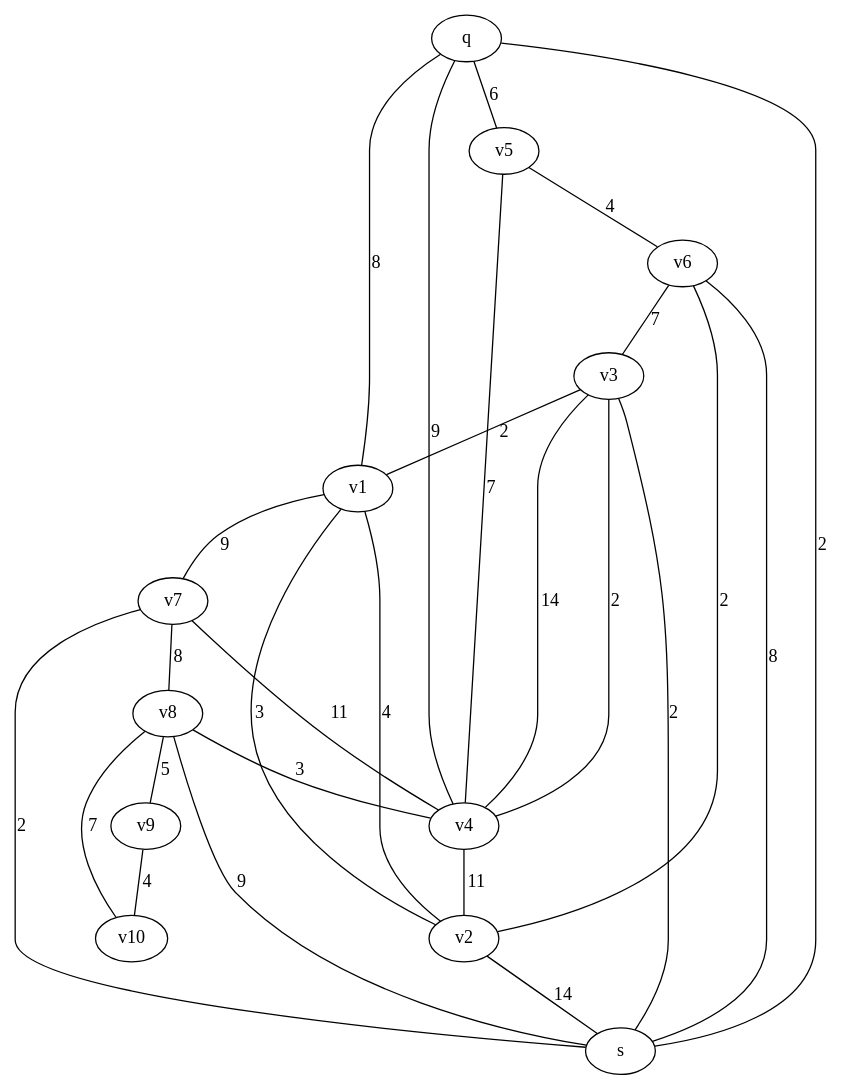
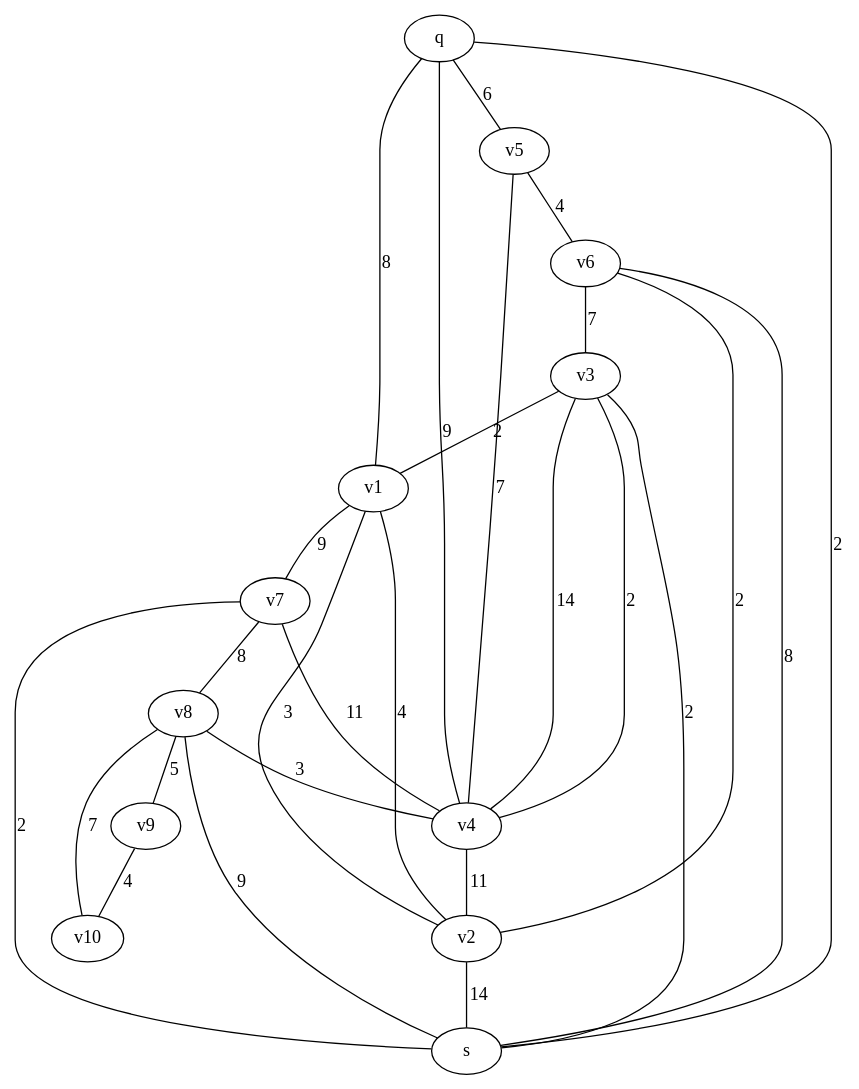
One commit to adrian-helberg/ws2018 changed the diagram in GKA/gkap/src/main/graphviz/graph10.dot. Above: the diagram before and after it, drawn with Graphviz. The commit also changed 25 other files, not shown here.

Commit message:
GKAP import graphs from dot files

```diff
--- a/GKA/gkap/src/main/graphviz/graph10.dot
+++ b/GKA/gkap/src/main/graphviz/graph10.dot
@@ -1,28 +1,28 @@
 graph {
-v3--s[label=2];
-v2--v1[label=4];
-v5--v6[label=4];
-q--s[label=2];
-v3--v1[label=2];
-v4--v3[label=2];
-v6--v2[label=2];
-v7--s[label=2];
-v1--v2[label=3];
-v8--v4[label=3];
-q--v5[label=6];
-v6--v3[label=7];
-v5--v4[label=7];
-q--v1[label=8];
-v6--s[label=8];
-v7--v8[label=8];
-q--v4[label=9];
-v8--s[label=9];
-v1--v7[label=9];
-v4--v2[label=11];
-v7--v4[label=11];
-v2--s[label=14];
-v3--v4[label=14];
-v8--v9[label=5];
-v8--v10[label=7];
-v9--v10[label=4];
+v3--s[label=2, weight=2];
+v2--v1[label=4, weight=4];
+v5--v6[label=4, weight=4];
+q--s[label=2, weight=2];
+v3--v1[label=2, weight=2];
+v4--v3[label=2, weight=2];
+v6--v2[label=2, weight=2];
+v7--s[label=2, weight=2];
+v1--v2[label=3, weight=3];
+v8--v4[label=3, weight=3];
+q--v5[label=6, weight=6];
+v6--v3[label=7, weight=7];
+v5--v4[label=7, weight=7];
+q--v1[label=8, weight=8];
+v6--s[label=8, weight=8];
+v7--v8[label=8, weight=8];
+q--v4[label=9, weight=9];
+v8--s[label=9, weight=9];
+v1--v7[label=9, weight=9];
+v4--v2[label=11, weight=11];
+v7--v4[label=11, weight=11];
+v2--s[label=14, weight=14];
+v3--v4[label=14, weight=14];
+v8--v9[label=5, weight=5];
+v8--v10[label=7, weight=7];
+v9--v10[label=4, weight=4];
 }
```
